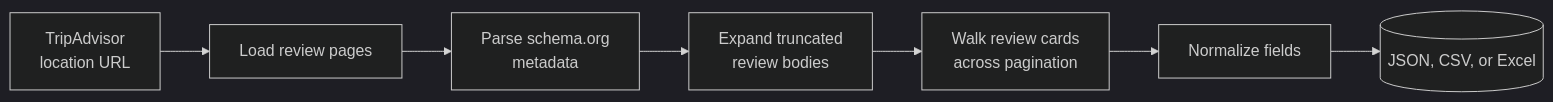
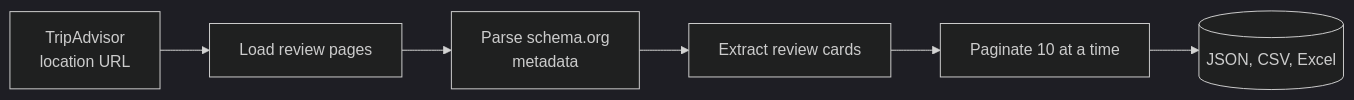
One commit to Ken-Mutisya/scrapemint changed the second of 3 diagrams in actors/tripadvisor-review-intelligence/README.md. Above: the diagram before and after it, drawn with Mermaid (dark theme). The commit also changed other lines of this file, not shown here.

````diff
--- a/actors/tripadvisor-review-intelligence/README.md
+++ b/actors/tripadvisor-review-intelligence/README.md
@@ -34,9 +34,8 @@
 ```mermaid
 flowchart LR
     A[TripAdvisor<br/>location URL] --> B[Load review pages]
     B --> C[Parse schema.org<br/>metadata]
-    C --> D[Expand truncated<br/>review bodies]
-    D --> E[Walk review cards<br/>across pagination]
-    E --> F[Normalize fields]
-    F --> G[(JSON, CSV, or Excel)]
+    C --> D[Extract review cards]
+    D --> E[Paginate 10 at a time]
+    E --> F[(JSON, CSV, Excel)]
 ```
````
